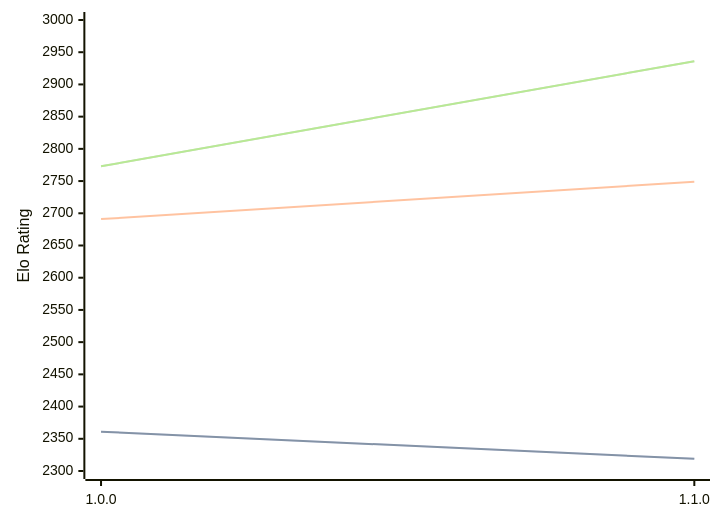
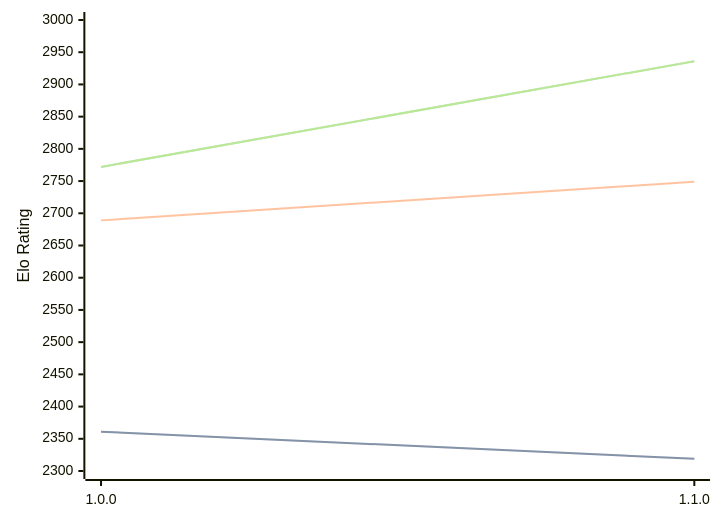
Before and after one commit to computer-chess-index/cci: the diagram in engines/ShallowGuess.md, drawn with Mermaid. The commit also changed other lines of this file, not shown here.

Commit message:
Update CCI Ratings (ELO VLTC) - 2026-04-07

````diff
--- a/engines/ShallowGuess.md
+++ b/engines/ShallowGuess.md
@@ -36,11 +36,11 @@
 ```mermaid
 %%{init: {"theme":"base","themeVariables":{"seriesColors:['#a3a3a3','#222221','#faa371']}}}%%
 xychart-beta
   x-axis ["1.0.0", "1.1.0"]
   y-axis "Elo Rating" 2300 --> 3000
   line "STC (8.0+0.08s)" [2361, 2319]
   line "STC (8.0+0.08s)" [2361, 2319]
-  line "LTC (60.0+0.60s)" [2691, 2749]
-  line "VLTC (2m24s+1.12s)" [2773, 2936]
-  line "VLTC (2m24s+1.12s)" [2773, 2936]
+  line "LTC (60.0+0.60s)" [2689, 2749]
+  line "VLTC (2m24s+1.12s)" [2772, 2936]
+  line "VLTC (2m24s+1.12s)" [2772, 2936]
 ```
````
